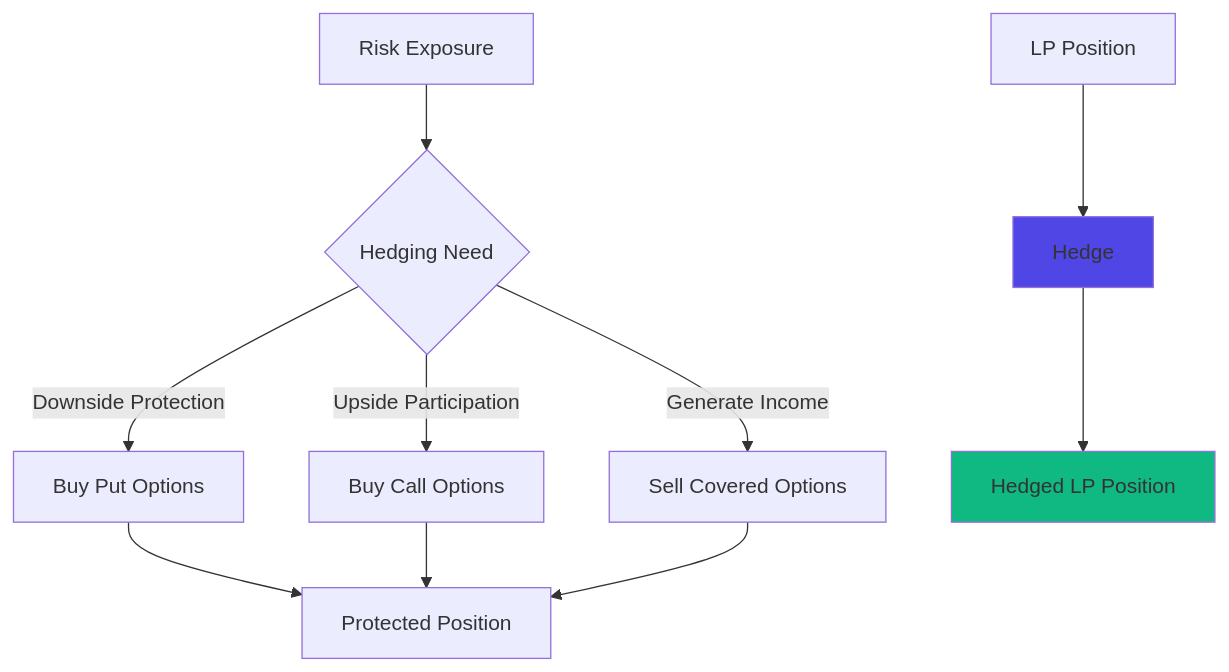
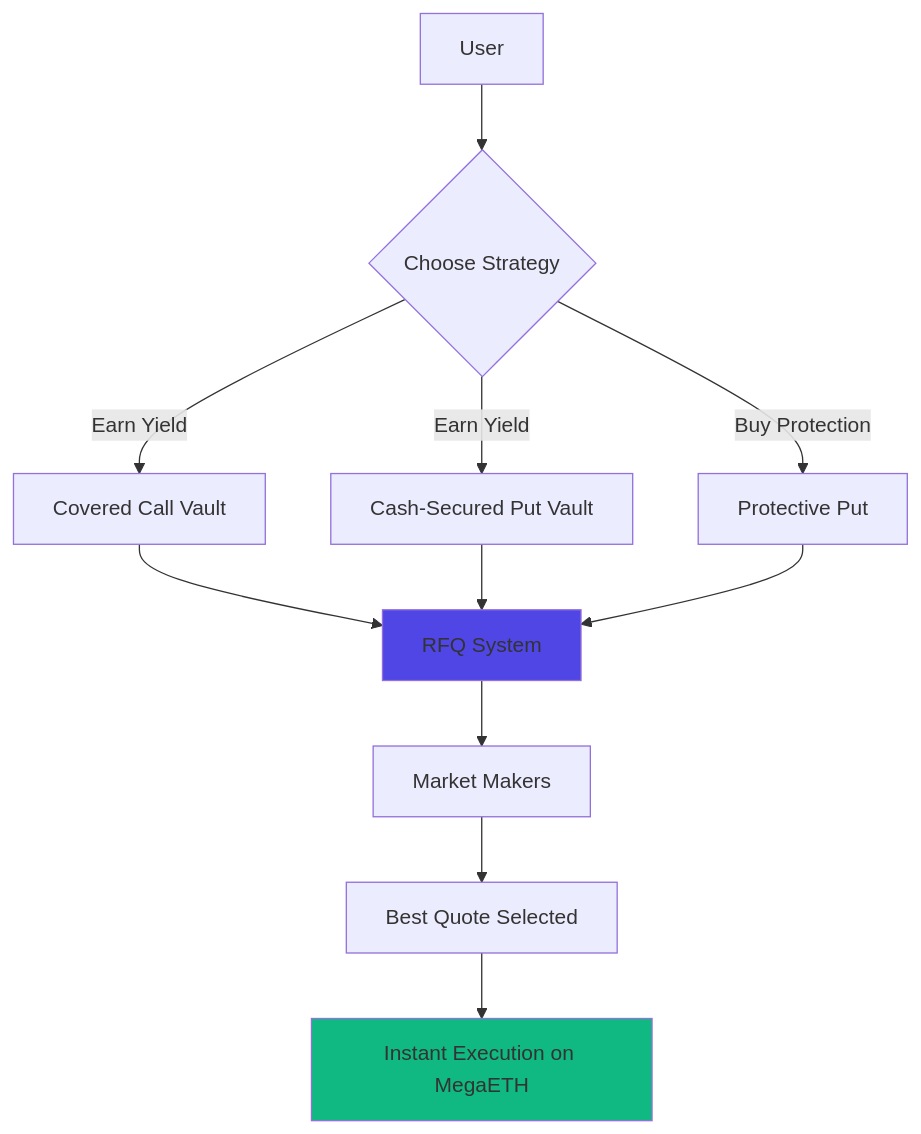
The diagram in landing/docs/hedge/overview.md (Mega-Fi/megafi-docs), drawn with Mermaid before and after one commit. The commit also changed other lines of this file and 4 other files, not shown here.

````diff
--- a/landing/docs/hedge/overview.md
+++ b/landing/docs/hedge/overview.md
@@ -14,17 +14,18 @@
 ```mermaid
 graph TD
-    A[Risk Exposure] --> B{Hedging Need}
-    B -->|Downside Protection| C[Buy Put Options]
-    B -->|Upside Participation| D[Buy Call Options]
-    B -->|Generate Income| E[Sell Covered Options]
+    A[User] --> B{Choose Strategy}
+    B -->|Earn Yield| C[Covered Call Vault]
+    B -->|Earn Yield| D[Cash-Secured Put Vault]
+    B -->|Buy Protection| E[Protective Put]
     
-    C --> F[Protected Position]
+    C --> F[RFQ System]
     D --> F
     E --> F
     
-    G[LP Position] --> H[Hedge]
-    H --> I[Hedged LP Position]
+    F --> G[Market Makers]
+    G --> H[Best Quote Selected]
+    H --> I[Instant Execution on MegaETH]
     
-    style H fill:#4F46E5
+    style F fill:#4F46E5
     style I fill:#10B981
 ```
````
